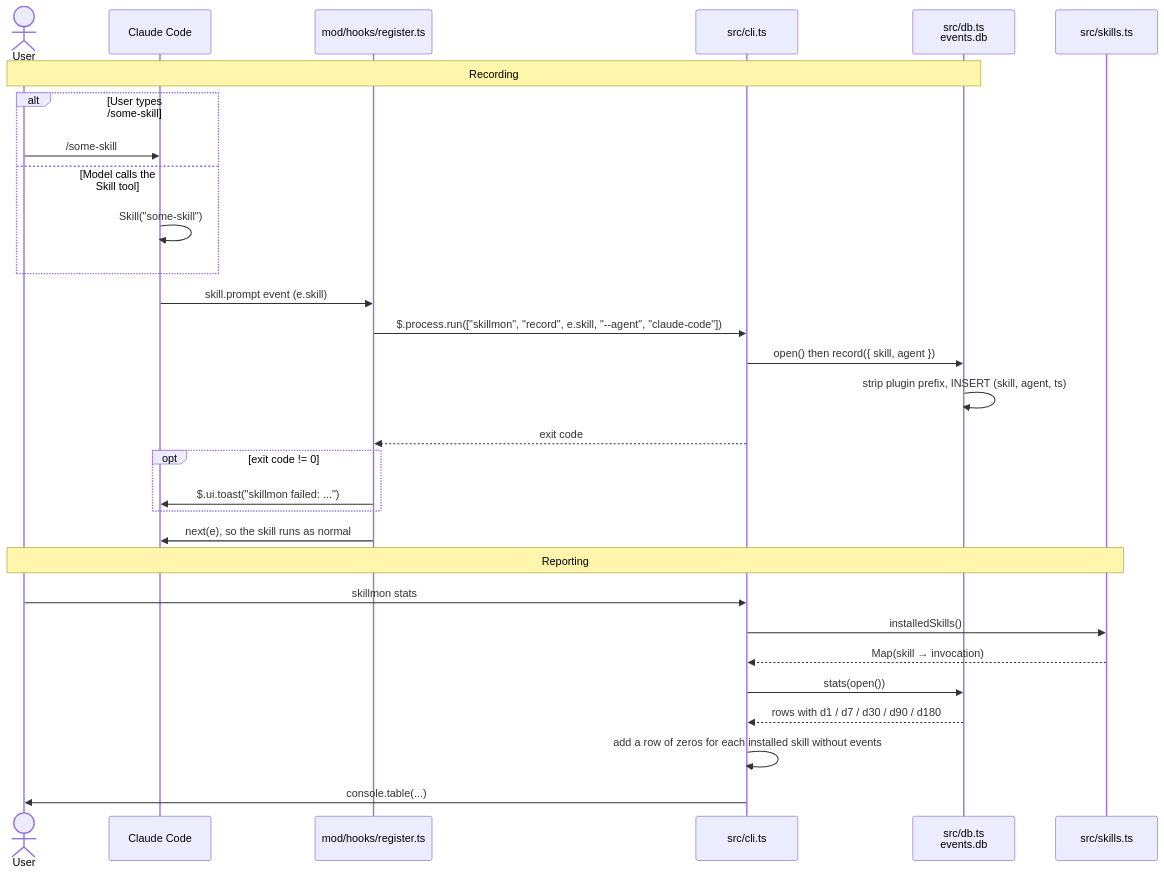
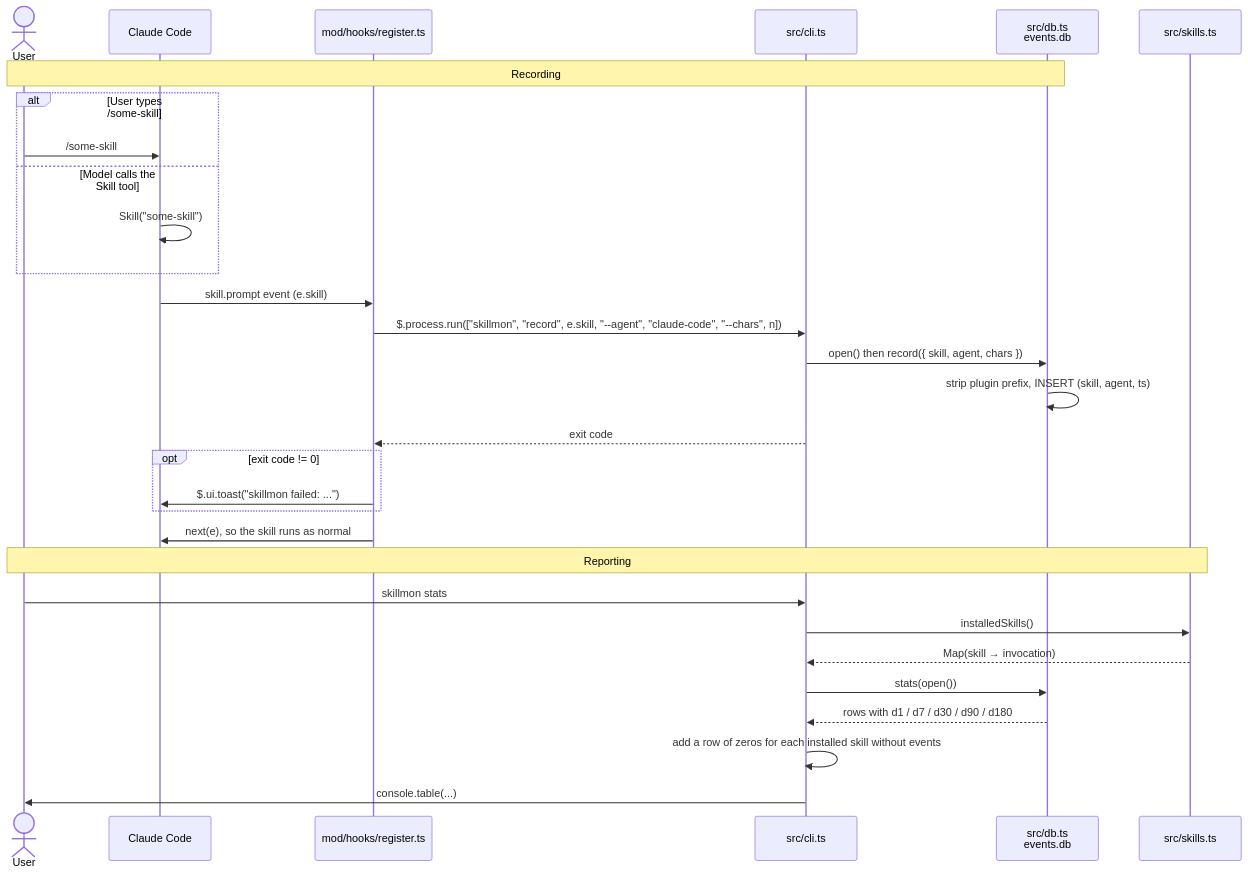
The first of 2 diagrams in docs/how-it-works.md (Maduki-tech/skillmonitor), drawn with Mermaid before and after one commit. The commit also changed other lines of this file and 9 other files, not shown here.

````diff
--- a/docs/how-it-works.md
+++ b/docs/how-it-works.md
@@ -12,34 +12,34 @@
 ```mermaid
 sequenceDiagram
     actor User
     participant CC as Claude Code
     participant Mod as mod/hooks/register.ts
     participant CLI as src/cli.ts
     participant DB as src/db.ts<br/>events.db
     participant Skills as src/skills.ts
 
     Note over User,DB: Recording
     alt User types /some-skill
         User->>CC: /some-skill
     else Model calls the Skill tool
         CC->>CC: Skill("some-skill")
     end
     CC->>Mod: skill.prompt event (e.skill)
-    Mod->>CLI: $.process.run(["skillmon", "record", e.skill, "--agent", "claude-code"])
-    CLI->>DB: open() then record({ skill, agent })
+    Mod->>CLI: $.process.run(["skillmon", "record", e.skill, "--agent", "claude-code", "--chars", n])
+    CLI->>DB: open() then record({ skill, agent, chars })
     DB->>DB: strip plugin prefix, INSERT (skill, agent, ts)
     CLI-->>Mod: exit code
     opt exit code != 0
         Mod->>CC: $.ui.toast("skillmon failed: ...")
     end
     Mod->>CC: next(e), so the skill runs as normal
 
     Note over User,Skills: Reporting
     User->>CLI: skillmon stats
     CLI->>Skills: installedSkills()
     Skills-->>CLI: Map(skill → invocation)
     CLI->>DB: stats(open())
     DB-->>CLI: rows with d1 / d7 / d30 / d90 / d180
     CLI->>CLI: add a row of zeros for each installed skill without events
     CLI->>User: console.table(...)
 ```
````
